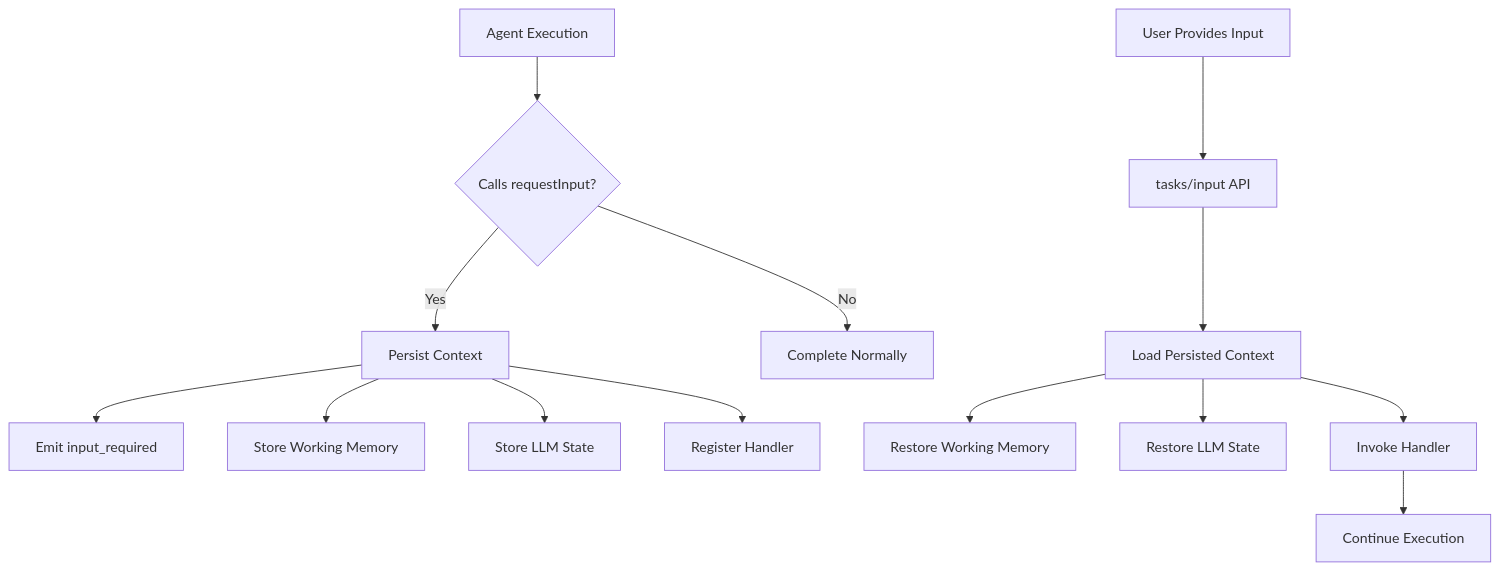
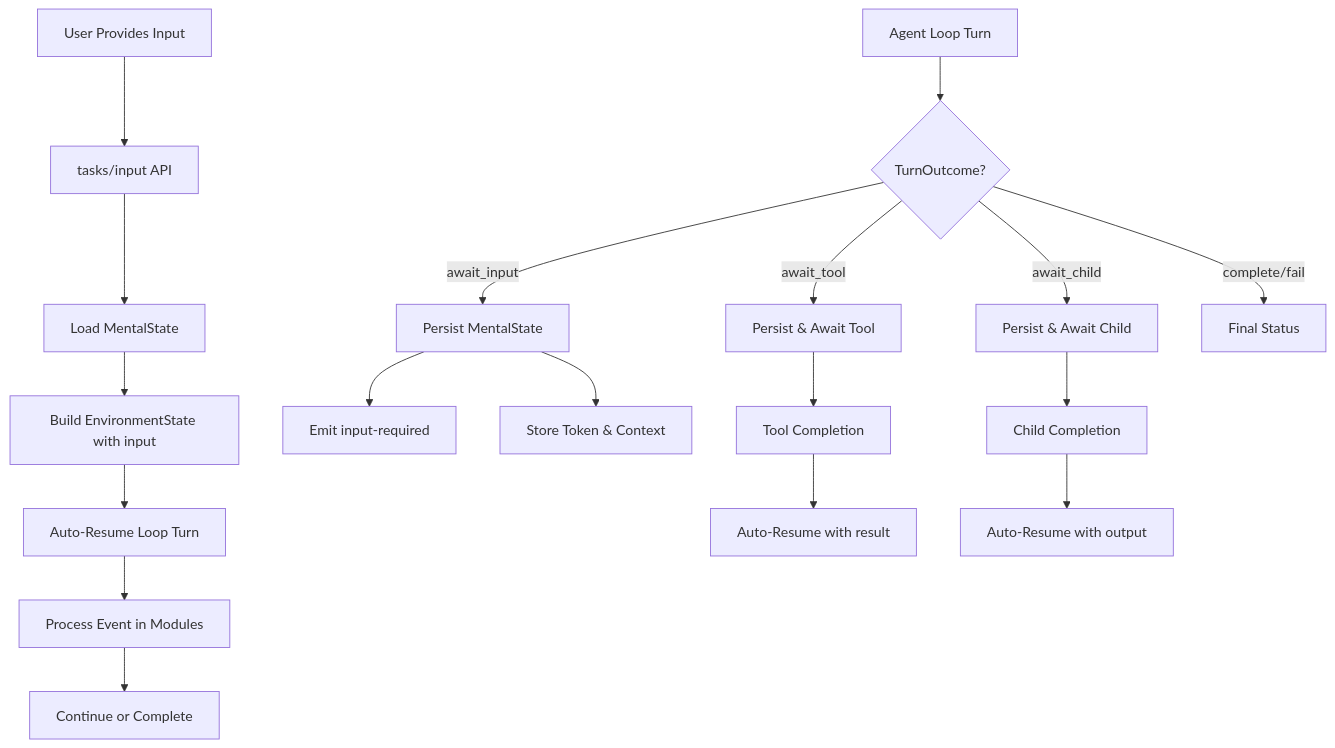
Before and after one commit to a2arium/callAgent: the diagram in apps/docs/durable-handlers-and-persistence.md, drawn with Mermaid. The commit also changed other lines of this file and 76 other files, not shown here.

````diff
--- a/apps/docs/durable-handlers-and-persistence.md
+++ b/apps/docs/durable-handlers-and-persistence.md
@@ -9,18 +9,24 @@
 ```mermaid
 graph TD
-    A[Agent Execution] --> B{Calls requestInput?}
-    B -->|Yes| C[Persist Context]
-    C --> D[Emit input_required]
-    C --> E[Store Working Memory]
-    C --> F[Store LLM State]
-    C --> G[Register Handler]
+    A[Agent Loop Turn] --> B{TurnOutcome?}
+    B -->|await_input| C[Persist MentalState]
+    C --> D[Emit input-required]
+    C --> E[Store Token & Context]
     
-    H[User Provides Input] --> I[tasks/input API]
-    I --> J[Load Persisted Context]
-    J --> K[Restore Working Memory]
-    J --> L[Restore LLM State]
-    J --> M[Invoke Handler]
-    M --> N[Continue Execution]
+    F[User Provides Input] --> G[tasks/input API]
+    G --> H[Load MentalState]
+    H --> I[Build EnvironmentState with input]
+    I --> J[Auto-Resume Loop Turn]
+    J --> K[Process Event in Modules]
+    K --> L[Continue or Complete]
     
-    B -->|No| O[Complete Normally]
+    B -->|await_tool| M[Persist & Await Tool]
+    M --> N[Tool Completion]
+    N --> O[Auto-Resume with result]
+    
+    B -->|await_child| P[Persist & Await Child]
+    P --> Q[Child Completion]
+    Q --> R[Auto-Resume with output]
+    
+    B -->|complete/fail| S[Final Status]
 ```
````
